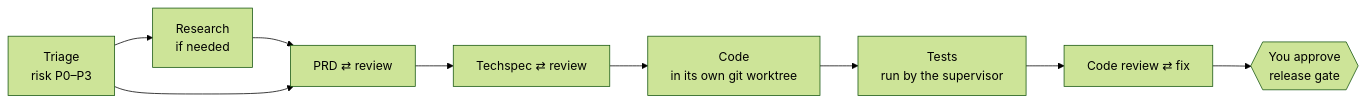
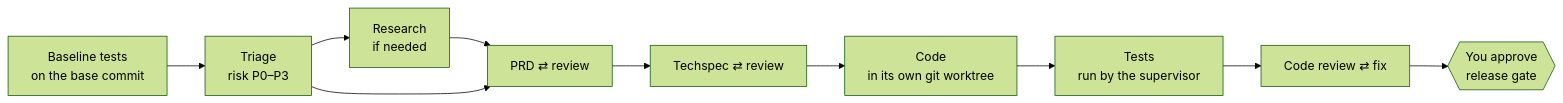
The diagram in README.md (hoanghuydev/workflow-coding), drawn with Mermaid (forest theme) before and after one commit. The commit also changed other lines of this file and 27 other files, not shown here.

````diff
--- a/README.md
+++ b/README.md
@@ -73,11 +73,12 @@
 ```mermaid
 flowchart LR
+    B[Baseline tests<br/>on the base commit] --> T
     T[Triage<br/>risk P0–P3] --> R[Research<br/>if needed]
     R --> P[PRD ⇄ review]
     T --> P
     P --> S[Techspec ⇄ review]
     S --> I[Code<br/>in its own git worktree]
     I --> X[Tests<br/>run by the supervisor]
     X --> C[Code review ⇄ fix]
     C --> G{{You approve<br/>release gate}}
 ```
````
